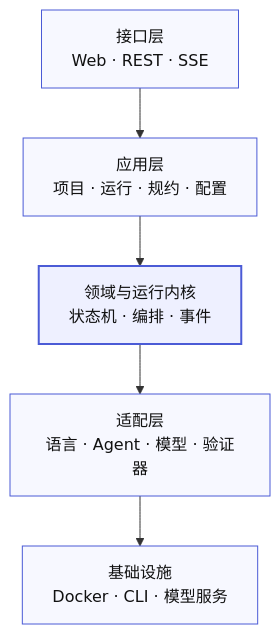
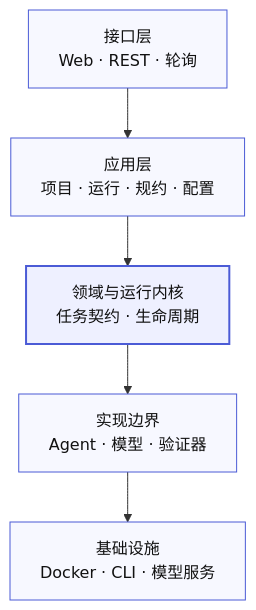
Before and after one commit to leisure118/SpecSynth: the second of 3 diagrams in docs/ARCHITECTURE.md, drawn with Mermaid. The commit also changed other lines of this file and 58 other files, not shown here.

````diff
--- a/docs/ARCHITECTURE.md
+++ b/docs/ARCHITECTURE.md
@@ -35,15 +35,15 @@
 ```mermaid
 flowchart TB
-  I["接口层<br/>Web · REST · SSE"]
+  I["接口层<br/>Web · REST · 轮询"]
   A["应用层<br/>项目 · 运行 · 规约 · 配置"]
-  K["领域与运行内核<br/>状态机 · 编排 · 事件"]
-  P["适配层<br/>语言 · Agent · 模型 · 验证器"]
+  K["领域与运行内核<br/>任务契约 · 生命周期"]
+  P["实现边界<br/>Agent · 模型 · 验证器"]
   X["基础设施<br/>Docker · CLI · 模型服务"]
 
   I --> A --> K --> P --> X
 
   classDef layer fill:#f7f8ff,stroke:#4b5bd6,color:#111
   classDef kernel fill:#eef0ff,stroke:#4b5bd6,stroke-width:2px
   class I,A,K,P,X layer
   class K kernel
 ```
````
